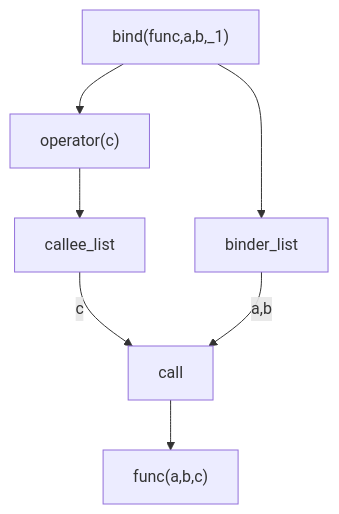
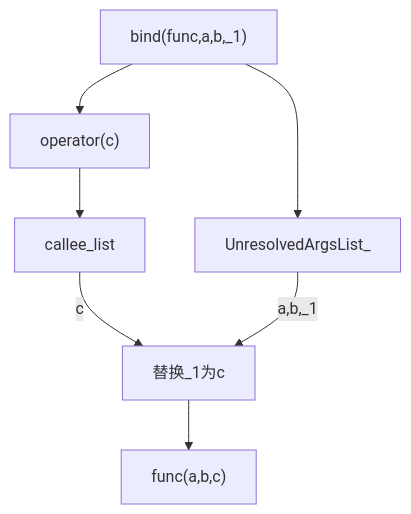
Before and after one commit to BlurryLight/BlurryLight_blog: the diagram in content/post/C++/bind的简单实现.md, drawn with Mermaid. The commit also changed other lines of this file, not shown here.

Commit message:
update bind

````diff
--- a/content/post/C++/bind的简单实现.md
+++ b/content/post/C++/bind的简单实现.md
@@ -43,9 +44,9 @@
-```mermaid
+{{<mermaid>}}
 graph TD
-A["bind(func,a,b,_1)"]-->B[binder_list]
+A["bind(func,a,b,_1)"]-->B[UnresolvedArgsList_]
 A-->C["operator(c)"]
 C-->D[callee_list]
-D--c-->E[call]
-B--a,b-->E
+D--c-->E[替换_1为c]
+B--a,b,_1-->E
 E-->F["func(a,b,c)"]
-```
+{{</mermaid>}}
````
